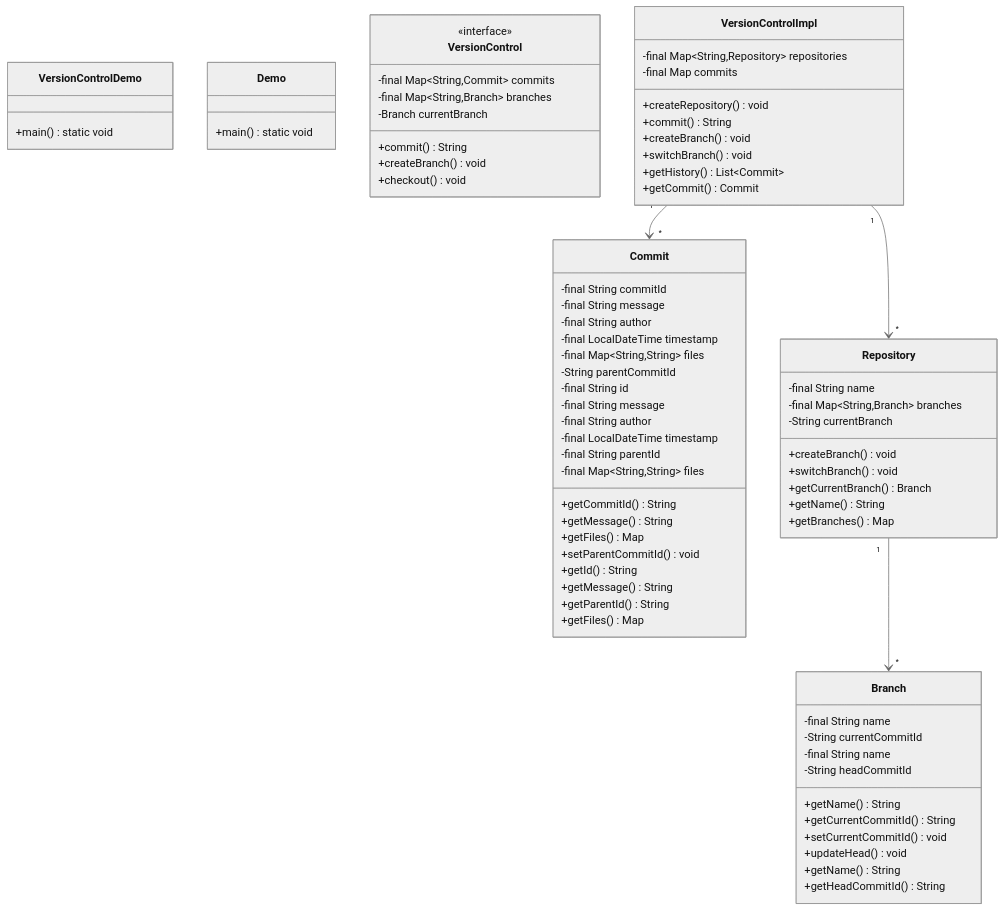
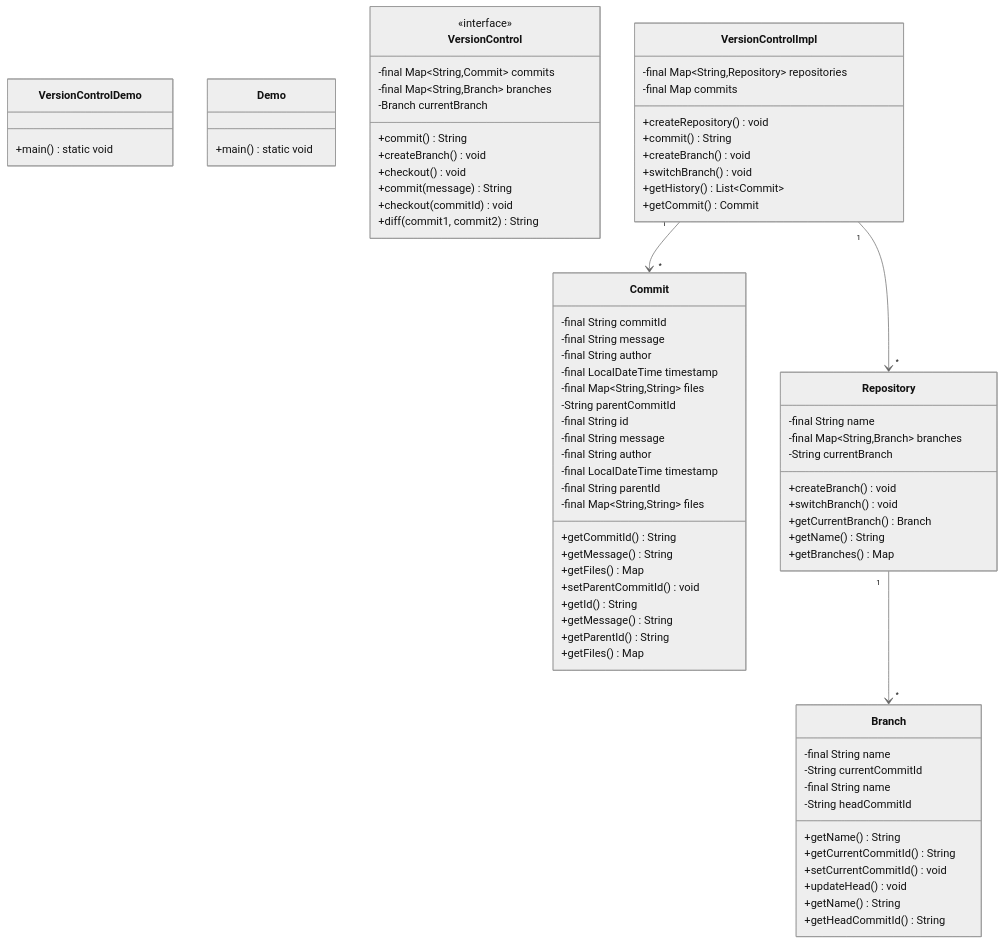
Before and after one commit to dlkr18/lld-playbook: the diagram in docs/problems/versioncontrol/README.md, drawn with Mermaid (neutral theme). The commit also changed 95 other files, not shown here.

```diff
--- a/docs/problems/versioncontrol/README.md
+++ b/docs/problems/versioncontrol/README.md
@@ -162,8 +162,12 @@
         +getBranches() Map<String, Branch>
     }
 
-    class VersionControl
-    <<interface>> VersionControl
+    class VersionControl {
+        <<interface>>
+        +commit(message) String
+        +checkout(commitId) void
+        +diff(commit1, commit2) String
+    }
 
     Repository "1" --> "*" Branch
     VersionControlImpl "1" --> "*" Repository
```
